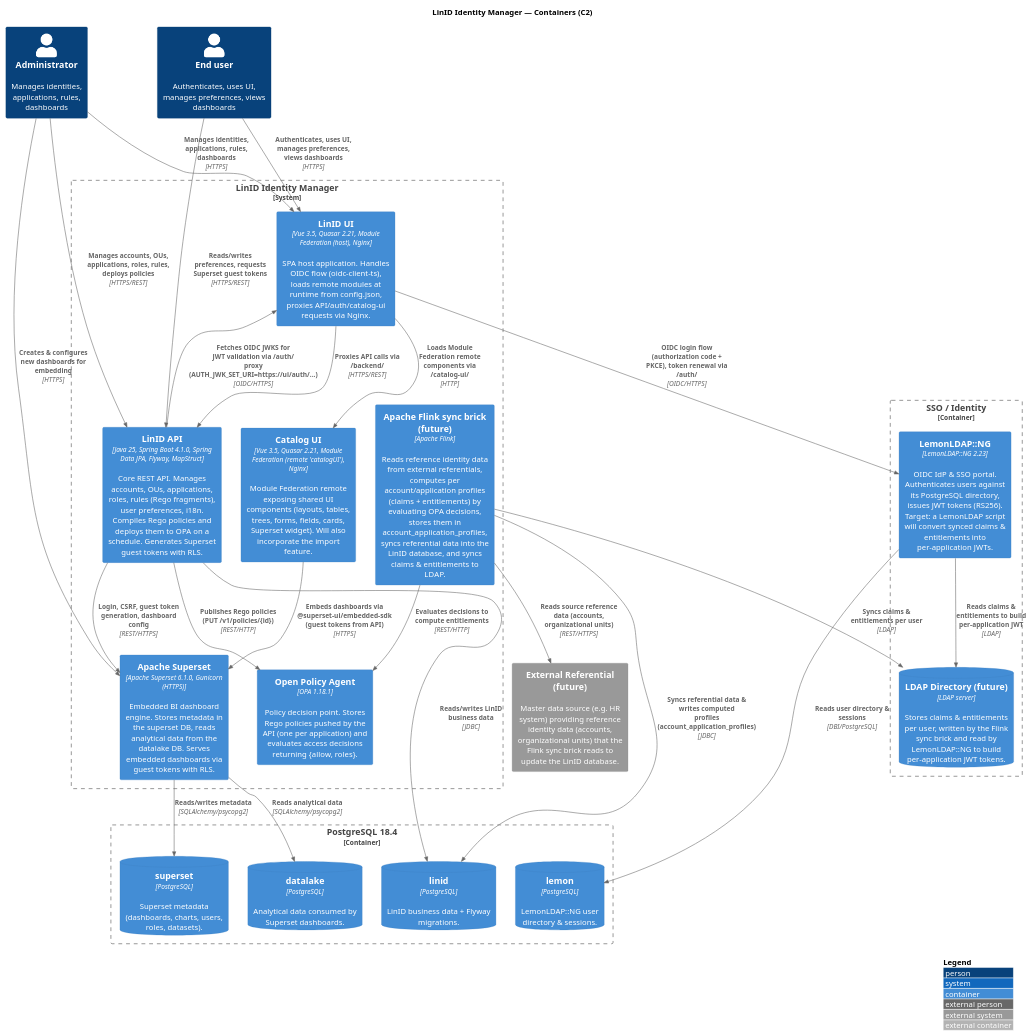
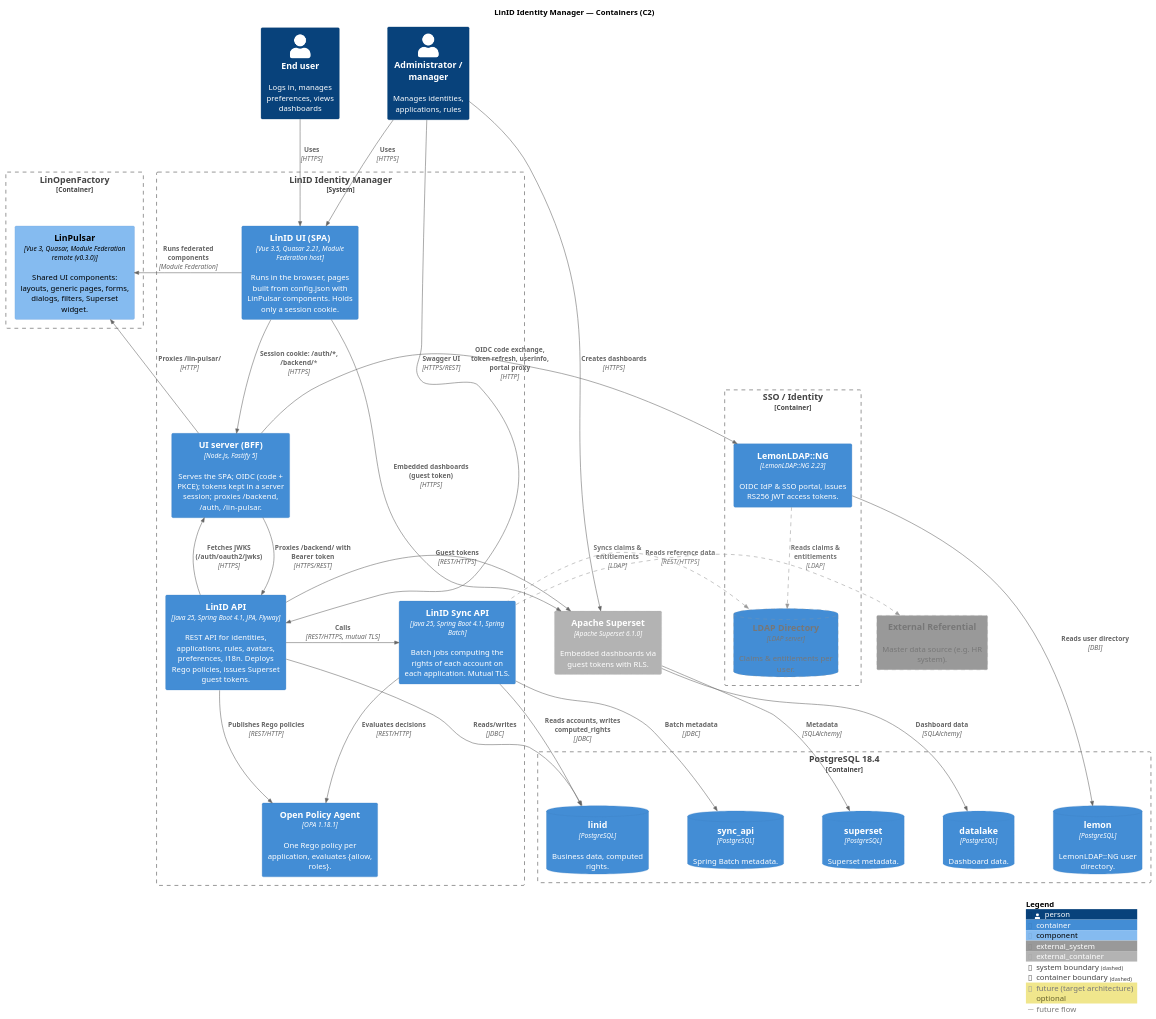
The diagram in docs/c4/C2-containers.puml (linagora/linid-identity-manager), drawn with PlantUML before and after one commit. The commit also changed 8 other files, not shown here.

Commit message:
docs: improve c1-c3 schemas

```diff
--- a/docs/c4/C2-containers.puml
+++ b/docs/c4/C2-containers.puml
@@ -1,81 +1,97 @@
 @startuml C2-Containers
 ' ============================================================================
 ' LinID Identity Manager — C4 Level 2: Containers
 ' ============================================================================
-!include https://raw.githubusercontent.com/plantuml-stdlib/C4-PlantUML/master/C4_Container.puml
+' C4_Component (which includes C4_Container) is needed to show LinPulsar as a
+' component of the LinOpenFactory container.
+!include https://raw.githubusercontent.com/plantuml-stdlib/C4-PlantUML/v2.13.0/C4_Component.puml
 
-LAYOUT_WITH_LEGEND()
+AddElementTag("future", $fontColor="#777777", $borderColor="#999999", $borderStyle=DashedLine(), $legendText="future (target architecture)")
+AddElementTag("optional", $borderStyle=DottedLine(), $legendText="optional")
+AddRelTag("future", $textColor="#777777", $lineColor="#999999", $lineStyle=DashedLine(), $legendText="future flow")
+
+' Layout: users on top, LinOpenFactory & SSO on the left, LinID in the middle,
+' Superset & future referential on the right, PostgreSQL at the bottom.
+LAYOUT_TOP_DOWN()
+HIDE_STEREOTYPE()
+skinparam nodesep 70
+skinparam ranksep 90
+
 title LinID Identity Manager — Containers (C2)
 
 ' --- Actors -----------------------------------------------------------------
-Person(admin, "Administrator", "Manages identities, applications, rules, dashboards")
-Person(enduser, "End user", "Authenticates, uses UI, manages preferences, views dashboards")
+Person(admin, "Administrator / manager", "Manages identities, applications, rules")
+Person(enduser, "End user", "Logs in, manages preferences, views dashboards")
 
-System_Boundary(linid, "LinID Identity Manager") {
-
-  ' --- Frontend -----------------------------------------------------------
-  Container(ui, "LinID UI", "Vue 3.5, Quasar 2.21, Module Federation (host), Nginx", "SPA host application. Handles OIDC flow (oidc-client-ts), loads remote modules at runtime from config.json, proxies API/auth/catalog-ui requests via Nginx.")
-  Container(catalog_ui, "Catalog UI", "Vue 3.5, Quasar 2.21, Module Federation (remote 'catalogUI'), Nginx", "Module Federation remote exposing shared UI components (layouts, tables, trees, forms, fields, cards, Superset widget). Will also incorporate the import feature.")
-
-  ' --- Backend ------------------------------------------------------------
-  Container(api, "LinID API", "Java 25, Spring Boot 4.1.0, Spring Data JPA, Flyway, MapStruct", "Core REST API. Manages accounts, OUs, applications, roles, rules (Rego fragments), user preferences, i18n. Compiles Rego policies and deploys them to OPA on a schedule. Generates Superset guest tokens with RLS.")
-
-  ' --- Future: sync brick -------------------------------------------------
-  Container(flink, "Apache Flink sync brick (future)", "Apache Flink", "Reads reference identity data from external referentials, computes per account/application profiles (claims + entitlements) by evaluating OPA decisions, stores them in account_application_profiles, syncs referential data into the LinID database, and syncs claims & entitlements to LDAP.")
-
-  ' --- Policy & Analytics (configured off-the-shelf tools) ----------------
-  Container(opa, "Open Policy Agent", "OPA 1.18.1", "Policy decision point. Stores Rego policies pushed by the API (one per application) and evaluates access decisions returning {allow, roles}.")
-  Container(superset, "Apache Superset", "Apache Superset 6.1.0, Gunicorn (HTTPS)", "Embedded BI dashboard engine. Stores metadata in the superset DB, reads analytical data from the datalake DB. Serves embedded dashboards via guest tokens with RLS.")
+' --- Left: LinOpenFactory & SSO ---------------------------------------------
+Container_Boundary(lof, "LinOpenFactory") {
+  Component(lin_pulsar, "LinPulsar", "Vue 3, Quasar, Module Federation remote (v0.3.0)", "Shared UI components: layouts, generic pages, forms, dialogs, filters, Superset widget.")
 }
 
-' --- SSO boundary (current + future) ---------------------------------------
 Container_Boundary(sso, "SSO / Identity") {
-  Container(auth, "LemonLDAP::NG", "LemonLDAP::NG 2.23", "OIDC IdP & SSO portal. Authenticates users against its PostgreSQL directory, issues JWT tokens (RS256). Target: a LemonLDAP script will convert synced claims & entitlements into per-application JWTs.")
-  ContainerDb(ldap, "LDAP Directory (future)", "LDAP server", "Stores claims & entitlements per user, written by the Flink sync brick and read by LemonLDAP::NG to build per-application JWT tokens.")
+  Container(auth, "LemonLDAP::NG", "LemonLDAP::NG 2.23", "OIDC IdP & SSO portal, issues RS256 JWT access tokens.")
+  ContainerDb(ldap, "LDAP Directory", "LDAP server", "Claims & entitlements per user.", $tags="future")
 }
 
-' --- External data store ---------------------------------------------------
-Container_Boundary(postgres, "PostgreSQL 18.4") {
-  ContainerDb(db_linid, "linid", "PostgreSQL", "LinID business data + Flyway migrations.")
-  ContainerDb(db_lemon, "lemon", "PostgreSQL", "LemonLDAP::NG user directory & sessions.")
-  ContainerDb(db_superset, "superset", "PostgreSQL", "Superset metadata (dashboards, charts, users, roles, datasets).")
-  ContainerDb(db_datalake, "datalake", "PostgreSQL", "Analytical data consumed by Superset dashboards.")
+' --- Middle: LinID ----------------------------------------------------------------
+System_Boundary(linid, "LinID Identity Manager") {
+  Container(spa, "LinID UI (SPA)", "Vue 3.5, Quasar 2.21, Module Federation host", "Runs in the browser, pages built from config.json with LinPulsar components. Holds only a session cookie.")
+  Container(bff, "UI server (BFF)", "Node.js, Fastify 5", "Serves the SPA; OIDC (code + PKCE); tokens kept in a server session; proxies /backend, /auth, /lin-pulsar.")
+  Container(api, "LinID API", "Java 25, Spring Boot 4.1, JPA, Flyway", "REST API for identities, applications, rules, avatars, preferences, i18n. Deploys Rego policies, issues Superset guest tokens.")
+  Container(sync_api, "LinID Sync API", "Java 25, Spring Boot 4.1, Spring Batch", "Batch jobs computing the rights of each account on each application. Mutual TLS.")
+  Container(opa, "Open Policy Agent", "OPA 1.18.1", "One Rego policy per application, evaluates {allow, roles}.")
 }
 
-' --- External containers (future) ------------------------------------------
-System_Ext(referentiel, "External Referential (future)", "Master data source (e.g. HR system) providing reference identity data (accounts, organizational units) that the Flink sync brick reads to update the LinID database.")
+' --- Right: Superset & future referential -----------------------------------------
+Container_Ext(superset, "Apache Superset", "Apache Superset 6.1.0", "Embedded dashboards via guest tokens with RLS.", $tags="optional")
+System_Ext(referentiel, "External Referential", "Master data source (e.g. HR system).", $tags="future")
 
-' --- Relationships: actors -> containers -----------------------------------
-Rel(admin, ui, "Manages identities, applications, rules, dashboards", "HTTPS")
-Rel(enduser, ui, "Authenticates, uses UI, manages preferences, views dashboards", "HTTPS")
-Rel(admin, api, "Manages accounts, OUs, applications, roles, rules, deploys policies", "HTTPS/REST")
-Rel(admin, superset, "Creates & configures new dashboards for embedding", "HTTPS")
-Rel(enduser, api, "Reads/writes preferences, requests Superset guest tokens", "HTTPS/REST")
+' --- Bottom: PostgreSQL (ordered to sit under their clients) ------------------------
+Container_Boundary(postgres, "PostgreSQL 18.4") {
+  ContainerDb(db_lemon, "lemon", "PostgreSQL", "LemonLDAP::NG user directory.")
+  ContainerDb(db_linid, "linid", "PostgreSQL", "Business data, computed rights.")
+  ContainerDb(db_sync, "sync_api", "PostgreSQL", "Spring Batch metadata.")
+  ContainerDb(db_superset, "superset", "PostgreSQL", "Superset metadata.", $tags="optional")
+  ContainerDb(db_datalake, "datalake", "PostgreSQL", "Dashboard data.", $tags="optional")
+}
+Lay_R(db_lemon, db_linid)
+Lay_R(db_linid, db_sync)
+Lay_R(db_sync, db_superset)
+Lay_R(db_superset, db_datalake)
 
-' --- Relationships: frontend -----------------------------------------------
-Rel(ui, api, "Proxies API calls via /backend/", "HTTPS/REST")
-Rel(ui, auth, "OIDC login flow (authorization code + PKCE), token renewal via /auth/", "OIDC/HTTPS")
-Rel(ui, catalog_ui, "Loads Module Federation remote components via /catalog-ui/", "HTTP")
-Rel(catalog_ui, superset, "Embeds dashboards via @superset-ui/embedded-sdk (guest tokens from API)", "HTTPS")
+' --- Relationships: actors ---------------------------------------------------
+Rel_D(admin, spa, "Uses", "HTTPS")
+Rel_D(enduser, spa, "Uses", "HTTPS")
+Rel(admin, api, "Swagger UI", "HTTPS/REST")
+Rel_D(admin, superset, "Creates dashboards", "HTTPS")
 
-' --- Relationships: backend -------------------------------------------------
-Rel(api, db_linid, "Reads/writes LinID business data", "JDBC")
-Rel(api, ui, "Fetches OIDC JWKS for JWT validation via /auth/ proxy (AUTH_JWK_SET_URI=https://ui/auth/...)", "OIDC/HTTPS")
-Rel(api, opa, "Publishes Rego policies (PUT /v1/policies/{id})", "REST/HTTP")
-Rel(api, superset, "Login, CSRF, guest token generation, dashboard config", "REST/HTTPS")
+' --- Relationships: frontend -------------------------------------------------
+Rel_D(spa, bff, "Session cookie: /auth/*, /backend/*", "HTTPS")
+Rel_L(spa, lin_pulsar, "Runs federated components", "Module Federation")
+Rel_R(spa, superset, "Embedded dashboards (guest token)", "HTTPS")
+Rel_L(bff, auth, "OIDC code exchange, token refresh, userinfo, portal proxy", "HTTP")
+Rel_U(bff, lin_pulsar, "Proxies /lin-pulsar/", "HTTP")
+Rel_D(bff, api, "Proxies /backend/ with Bearer token", "HTTPS/REST")
 
-' --- Relationships: LemonLDAP ----------------------------------------------
-Rel(auth, db_lemon, "Reads user directory & sessions", "DBI/PostgreSQL")
+' --- Relationships: backend ---------------------------------------------------
+Rel_U(api, bff, "Fetches JWKS (/auth/oauth2/jwks)", "HTTPS")
+Rel_R(api, sync_api, "Calls", "REST/HTTPS, mutual TLS")
+Rel_D(api, opa, "Publishes Rego policies", "REST/HTTP")
+Rel_R(api, superset, "Guest tokens", "REST/HTTPS")
+Rel_D(api, db_linid, "Reads/writes", "JDBC")
 
-' --- Relationships: Superset -----------------------------------------------
-Rel(superset, db_superset, "Reads/writes metadata", "SQLAlchemy/psycopg2")
-Rel(superset, db_datalake, "Reads analytical data", "SQLAlchemy/psycopg2")
+Rel_D(sync_api, opa, "Evaluates decisions", "REST/HTTP")
+Rel_D(sync_api, db_linid, "Reads accounts, writes computed_rights", "JDBC")
+Rel_D(sync_api, db_sync, "Batch metadata", "JDBC")
 
-' --- Relationships: future sync brick --------------------------------------
-Rel(flink, referentiel, "Reads source reference data (accounts, organizational units)", "REST/HTTPS")
-Rel(flink, opa, "Evaluates decisions to compute entitlements", "REST/HTTP")
-Rel(flink, db_linid, "Syncs referential data & writes computed profiles (account_application_profiles)", "JDBC")
-Rel(flink, ldap, "Syncs claims & entitlements per user", "LDAP")
-Rel(auth, ldap, "Reads claims & entitlements to build per-application JWT", "LDAP")
+Rel_D(auth, db_lemon, "Reads user directory", "DBI")
+Rel_D(superset, db_superset, "Metadata", "SQLAlchemy")
+Rel_D(superset, db_datalake, "Dashboard data", "SQLAlchemy")
 
+' --- Relationships: future -----------------------------------------------------
+Rel_R(sync_api, referentiel, "Reads reference data", "REST/HTTPS", $tags="future")
+Rel_L(sync_api, ldap, "Syncs claims & entitlements", "LDAP", $tags="future")
+Rel_D(auth, ldap, "Reads claims & entitlements", "LDAP", $tags="future")
+
+SHOW_LEGEND()
 @enduml
```
